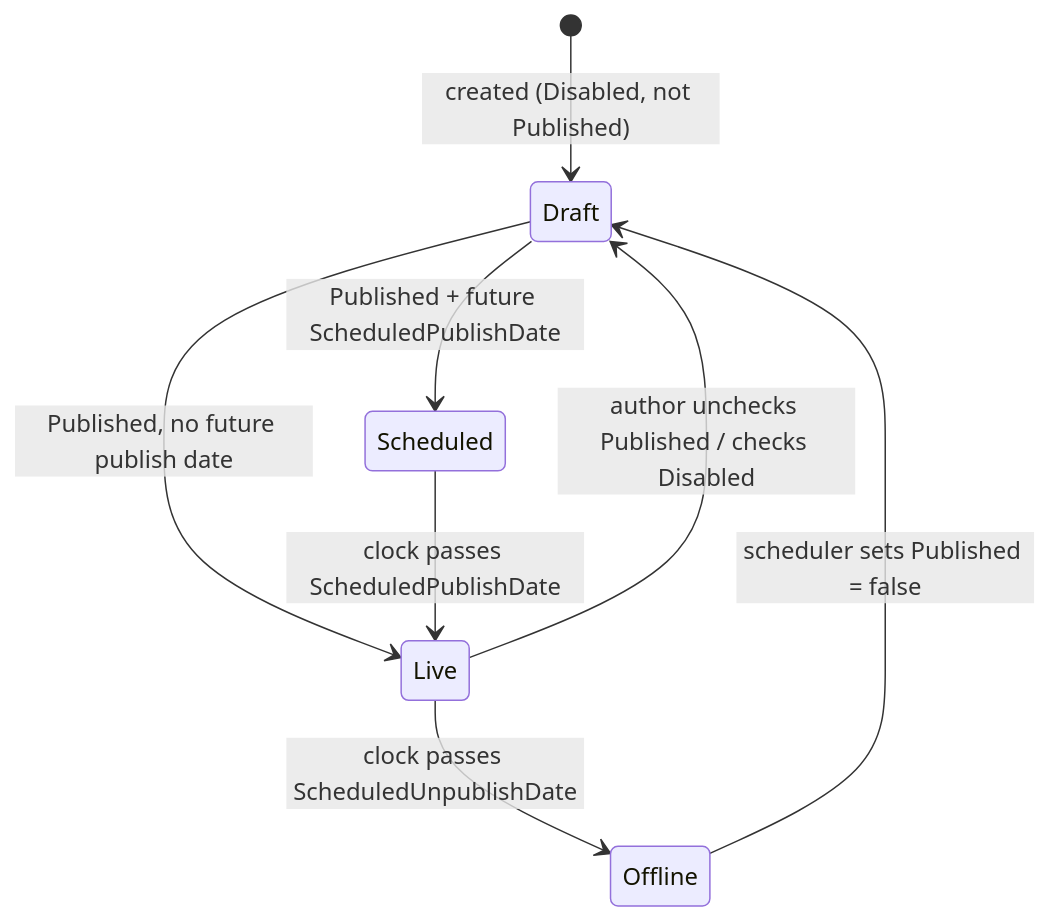
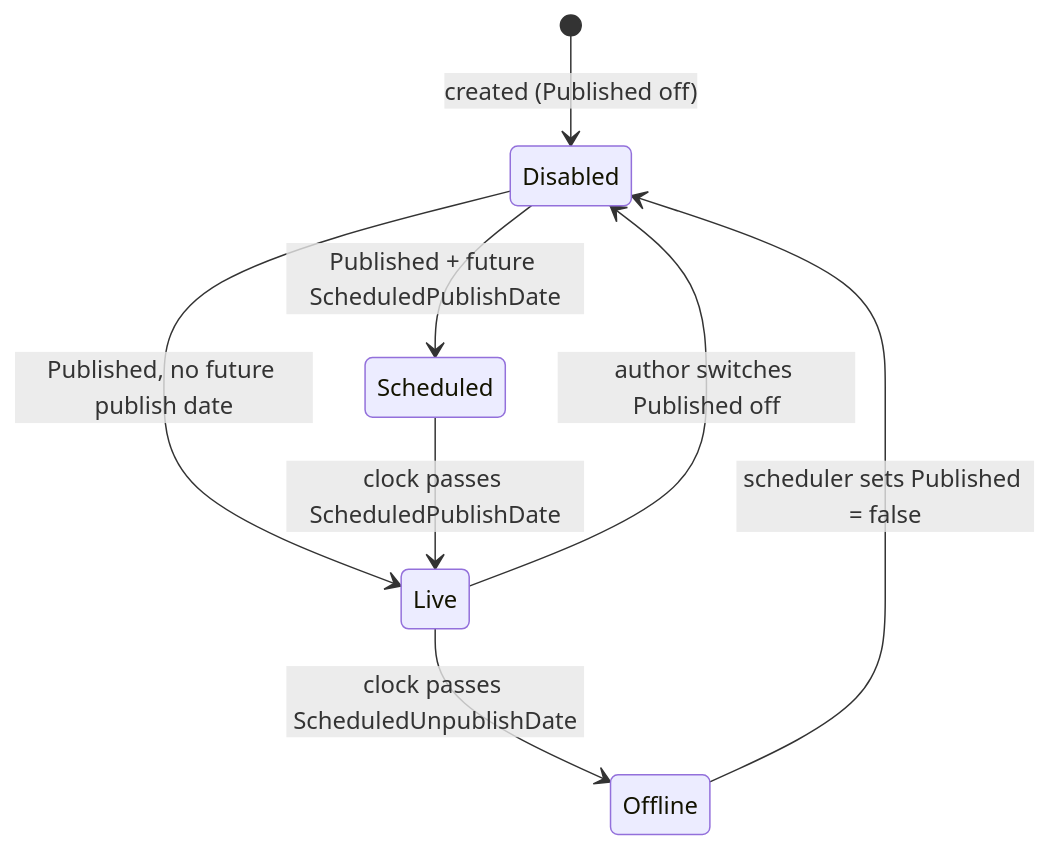
Before and after one commit to Albadit/DotNetForge: the first of 4 diagrams in .docs/features/content-pages-and-routing.md, drawn with Mermaid. The commit also changed other lines of this file and 454 other files, not shown here.

````diff
--- a/.docs/features/content-pages-and-routing.md
+++ b/.docs/features/content-pages-and-routing.md
@@ -148,10 +194,10 @@
 ```mermaid
 stateDiagram-v2
-    [*] --> Draft : created (Disabled, not Published)
-    Draft --> Scheduled : Published + future ScheduledPublishDate
-    Draft --> Live : Published, no future publish date
+    [*] --> Disabled : created (Published off)
+    Disabled --> Scheduled : Published + future ScheduledPublishDate
+    Disabled --> Live : Published, no future publish date
     Scheduled --> Live : clock passes ScheduledPublishDate
     Live --> Offline : clock passes ScheduledUnpublishDate
-    Live --> Draft : author unchecks Published / checks Disabled
-    Offline --> Draft : scheduler sets Published = false
+    Live --> Disabled : author switches Published off
+    Offline --> Disabled : scheduler sets Published = false
 ```
````
